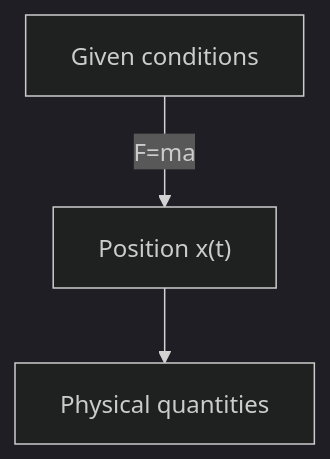
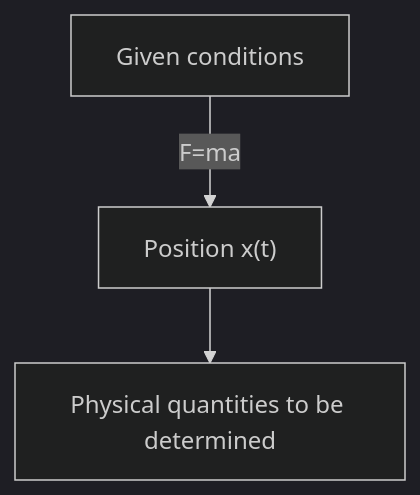
One commit to yunseo-kim/yunseo-kim.github.io changed the first of 2 diagrams in _posts/en/2024-10-08-schrodinger-equation-and-the-wave-function.md. Above: the diagram before and after it, drawn with Mermaid (dark theme). The commit also changed other lines of this file and 84 other files, not shown here.

````diff
--- a/_posts/en/2024-10-08-schrodinger-equation-and-the-wave-function.md
+++ b/_posts/en/2024-10-08-schrodinger-equation-and-the-wave-function.md
@@ -40,5 +35,5 @@
 ```mermaid
 flowchart TD
 	conditions["Given conditions"] -- F=ma --> x["Position x(t)"]
-	x --> quantities["Physical quantities"]
+	x --> quantities["Physical quantities to be determined"]
 ```
````
